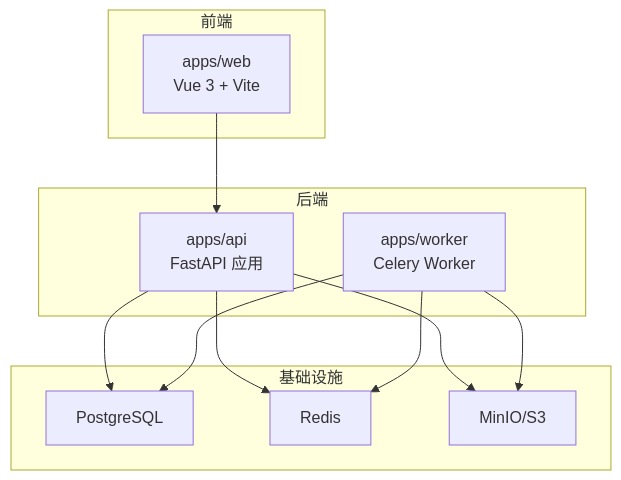
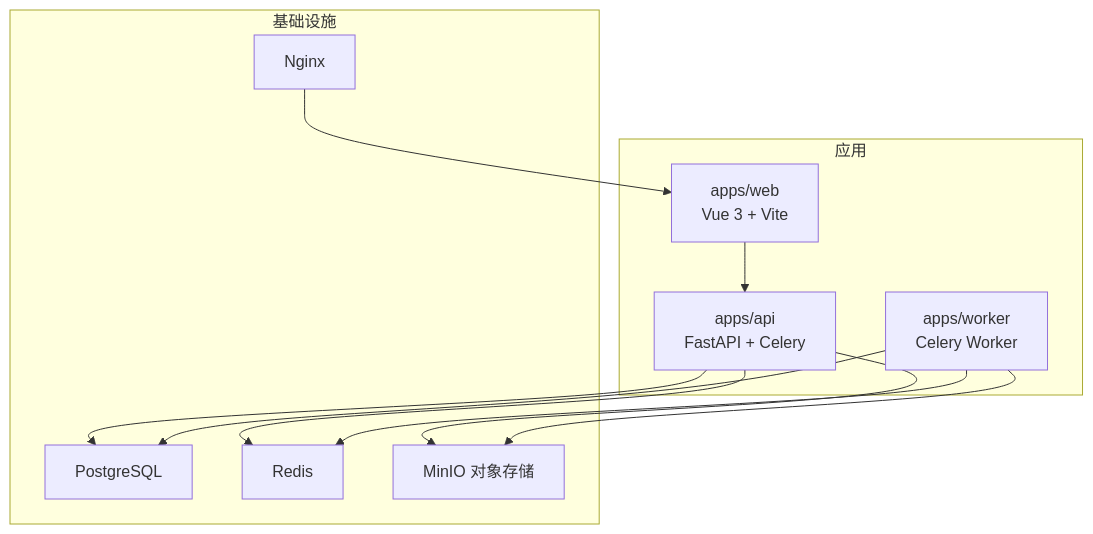
One commit to selectzhangyuan/AI-photo-coach changed the first of 5 diagrams in .qoder/repowiki/zh/content/快速开始.md. Above: the diagram before and after it, drawn with Mermaid. The commit also changed other lines of this file and 128 other files, not shown here.

````diff
--- a/.qoder/repowiki/zh/content/快速开始.md
+++ b/.qoder/repowiki/zh/content/快速开始.md
@@ -48,22 +51,22 @@
 ```mermaid
 graph TB
-subgraph "前端"
+subgraph "应用"
+API["apps/api<br/>FastAPI + Celery"]
 WEB["apps/web<br/>Vue 3 + Vite"]
-end
-subgraph "后端"
-API["apps/api<br/>FastAPI 应用"]
 WORKER["apps/worker<br/>Celery Worker"]
 end
 subgraph "基础设施"
-PG["PostgreSQL"]
-RD["Redis"]
-S3["MinIO/S3"]
+DB["PostgreSQL"]
+REDIS["Redis"]
+MINIO["MinIO 对象存储"]
+NGINX["Nginx"]
 end
 WEB --> API
-API --> PG
-API --> RD
-API --> S3
-WORKER --> RD
-WORKER --> PG
-WORKER --> S3
+API --> REDIS
+API --> DB
+API --> MINIO
+WORKER --> REDIS
+WORKER --> DB
+WORKER --> MINIO
+NGINX --> WEB
 ```
````
